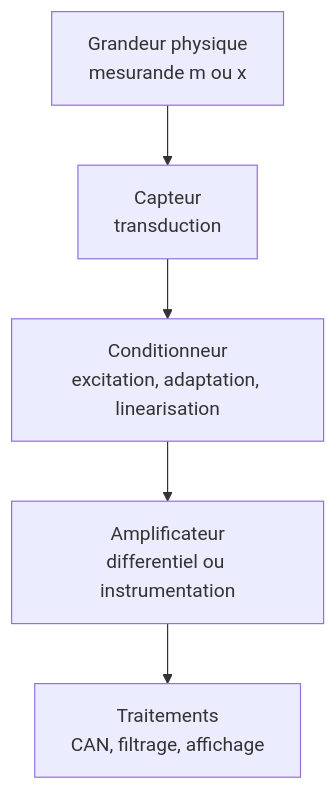
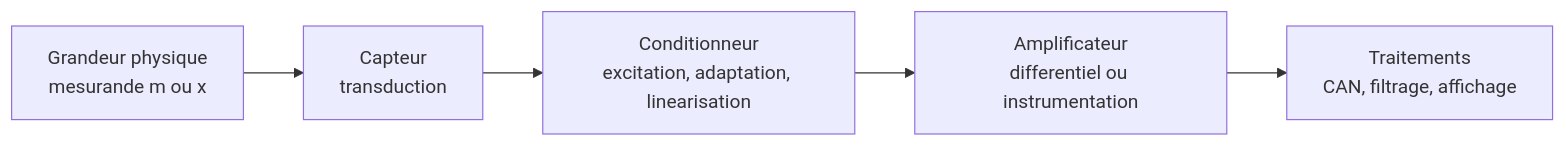
Before and after one commit to matheo-guillevic/REVISION: the first of 2 diagrams in content/EP425-Capteur/cours.md, drawn with Mermaid. The commit also changed other lines of this file, not shown here.

Commit message:
EP425 correctif mermaid

````diff
--- a/content/EP425-Capteur/cours.md
+++ b/content/EP425-Capteur/cours.md
@@ -45,7 +45,7 @@
 ```mermaid
-flowchart TD
+flowchart LR
   A[Grandeur physique<br/>mesurande m ou x] --> B[Capteur<br/>transduction]
   B --> C[Conditionneur<br/>excitation, adaptation, linearisation]
   C --> D[Amplificateur<br/>differentiel ou instrumentation]
   D --> E[Traitements<br/>CAN, filtrage, affichage]
 ```
````
